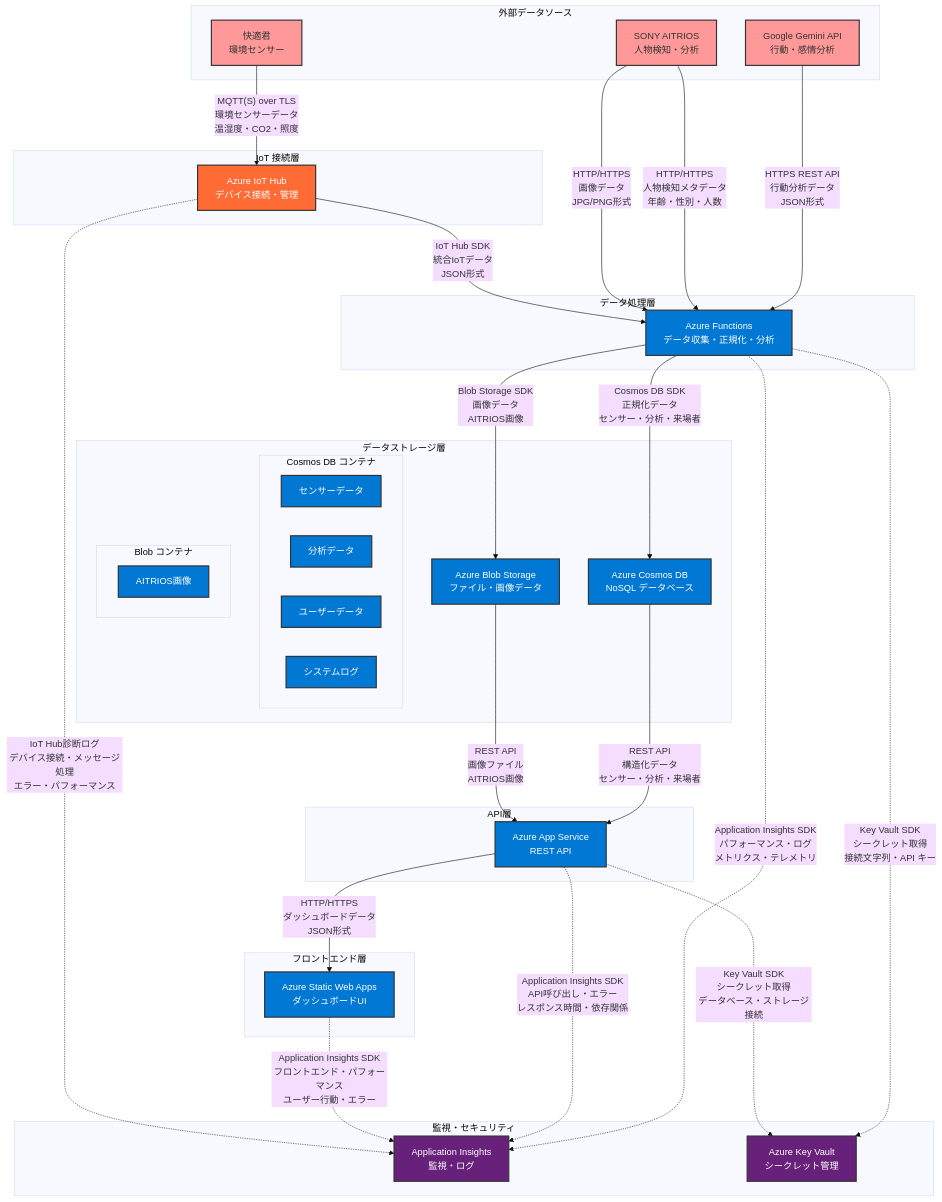
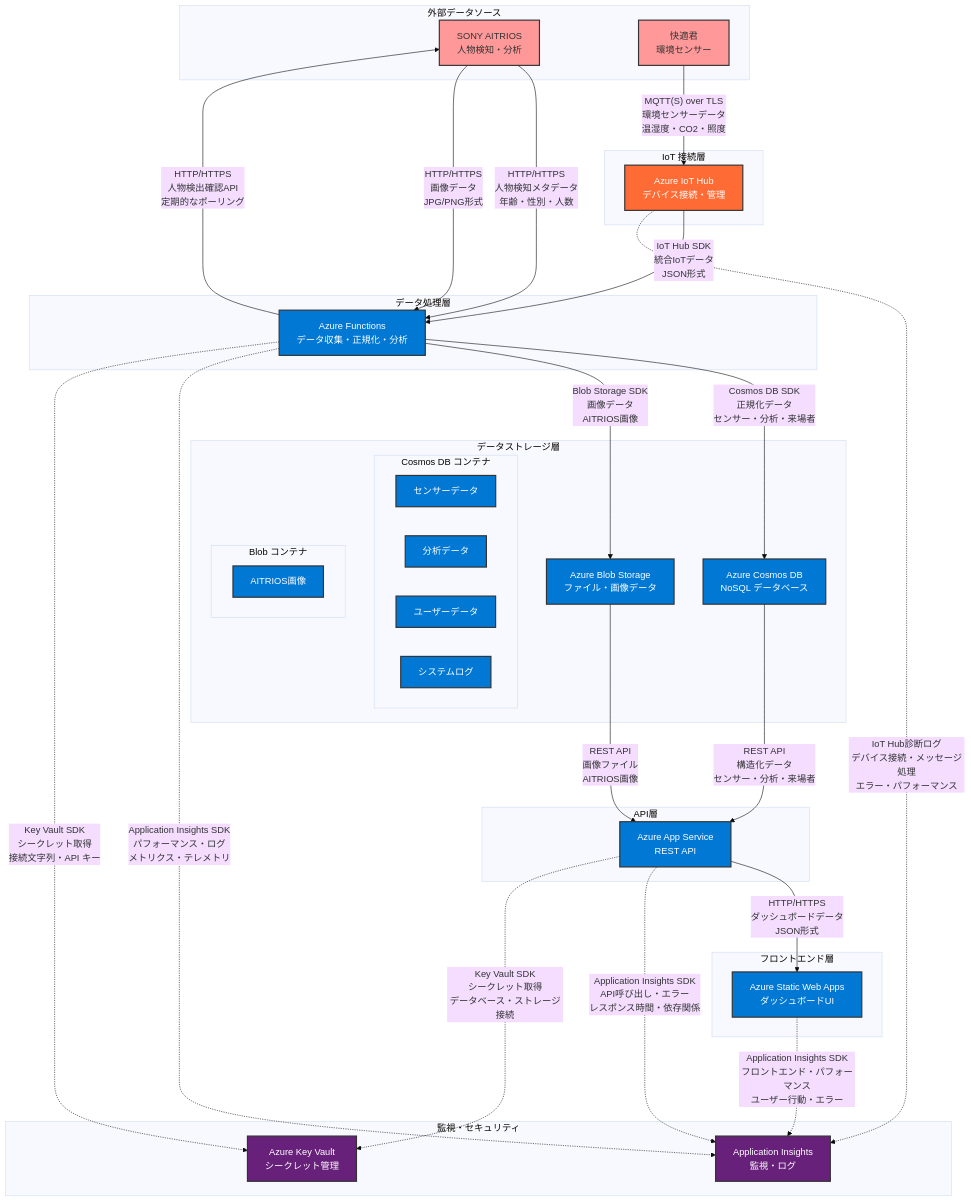
The diagram in ARCHITECTURE.md (NakamuraKotaro918/microsoft-ai-labo-smart-space), drawn with Mermaid (base theme) before and after one commit. The commit also changed other lines of this file, not shown here.

Commit message:
refactor: アーキテクチャ図を更新 - Geminiを削除し、AITRIOSへの人物検出確認APIを追加

```diff
--- a/ARCHITECTURE.md
+++ b/ARCHITECTURE.md
@@ -10,7 +10,6 @@
 graph TB
     %% 外部データソース
     subgraph "外部データソース"
-        GEMINI[Google Gemini API<br/>行動・感情分析]
         AITRIOS[SONY AITRIOS<br/>人物検知・分析]
         KAITEKI[快適君<br/>環境センサー]
     end
@@ -61,7 +60,7 @@
     end
 
     %% データフロー
-    GEMINI -->|"HTTPS REST API<br/>行動分析データ<br/>JSON形式"| FUNCTIONS
+    FUNCTIONS -->|"HTTP/HTTPS<br/>人物検出確認API<br/>定期的なポーリング"| AITRIOS
     AITRIOS -->|"HTTP/HTTPS<br/>人物検知メタデータ<br/>年齢・性別・人数"| FUNCTIONS
     AITRIOS -->|"HTTP/HTTPS<br/>画像データ<br/>JPG/PNG形式"| FUNCTIONS
     KAITEKI -->|"MQTT(S) over TLS<br/>環境センサーデータ<br/>温湿度・CO2・照度"| IOTHUB
@@ -92,7 +91,7 @@
     classDef monitoring fill:#68217a,stroke:#333,stroke-width:2px,color:#fff
     classDef iot fill:#ff6b35,stroke:#333,stroke-width:2px,color:#fff
 
-    class GEMINI,AITRIOS,KAITEKI external
+    class AITRIOS,KAITEKI external
     class FUNCTIONS,API,STATIC azure
     class COSMOS,BLOB,USERS,SYSTEM_LOGS,SENSOR,ANALYSIS,USERS,SYSTEM_LOGS,AITRIOS_IMAGES azure
     class INSIGHTS,KEYVAULT monitoring
```
